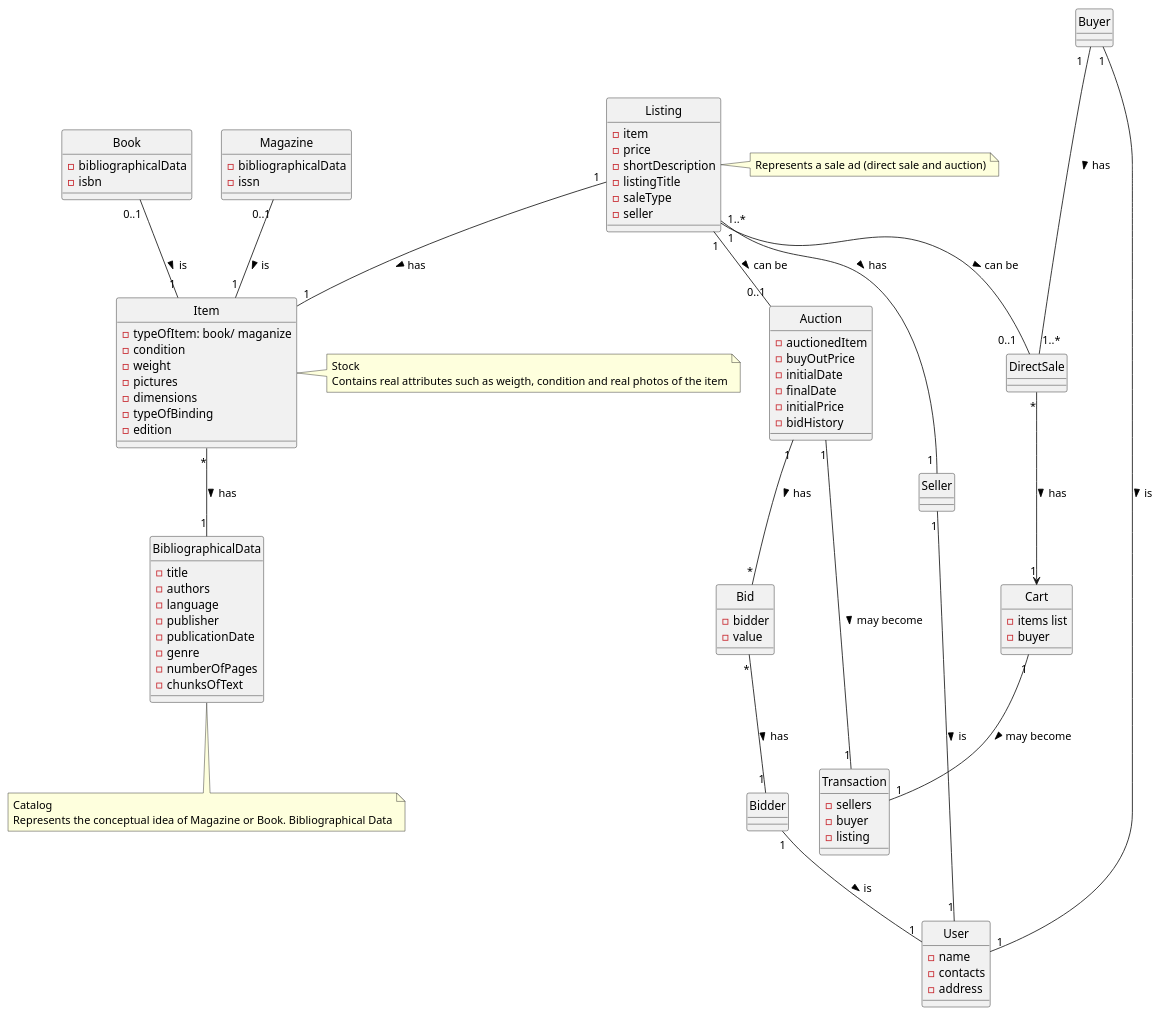
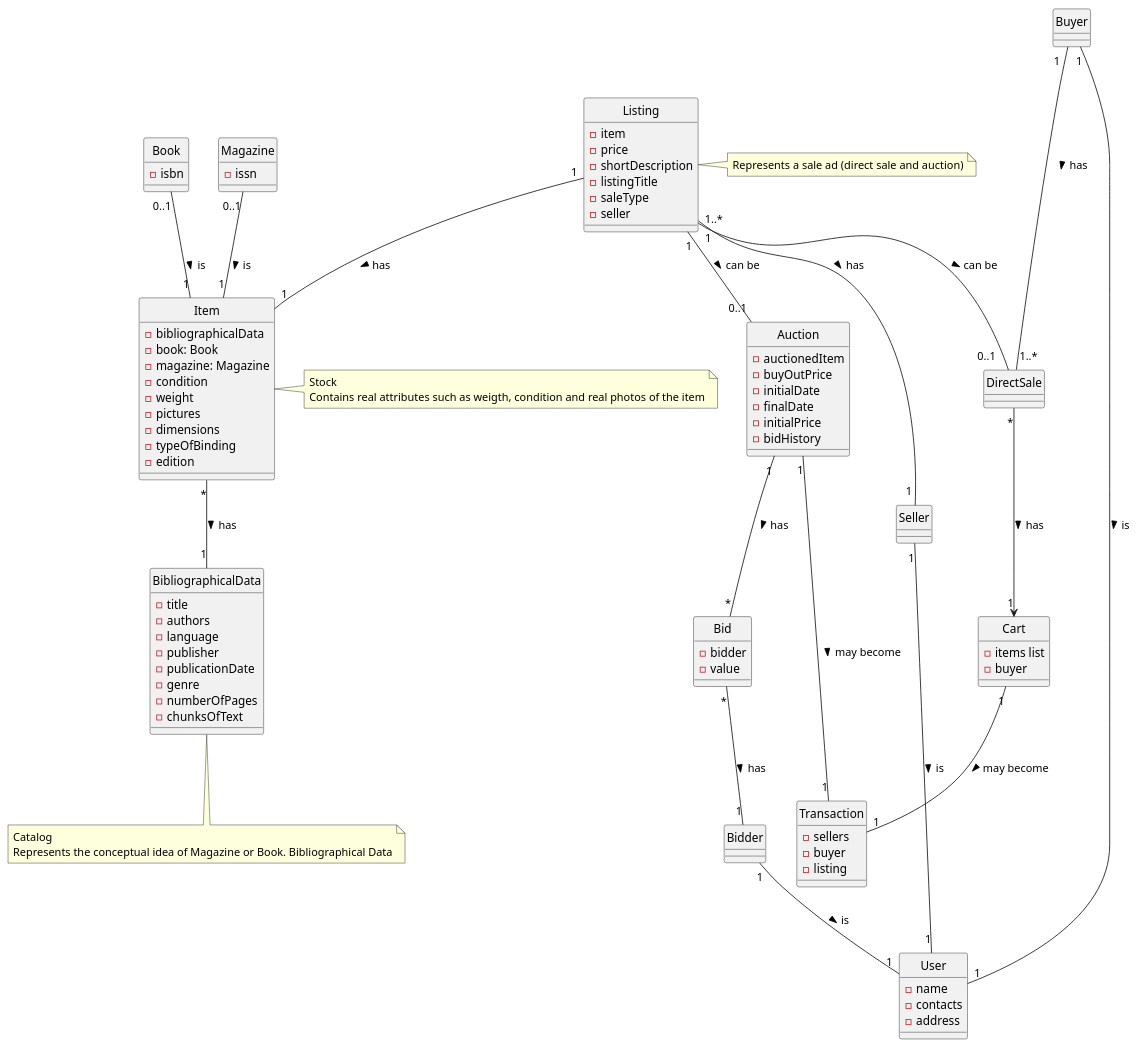
Before and after one commit to davidmarqq/MainProject_SWitCH: the diagram in DomainModel/AOO_Level2.puml, drawn with PlantUML. The commit also changed 12 other files, not shown here.

Commit message:
aoo diagram fixes

```diff
--- a/DomainModel/AOO_Level2.puml
+++ b/DomainModel/AOO_Level2.puml
@@ -1,123 +1,123 @@
 @startuml
 'https://plantuml.com/class-diagram
 hide circle
 
 Listing "1" -- "0..1" Auction : > can be
 Listing "1   " -- "0..1   " DirectSale : > can be
 Listing "1..*" -- "       1" Seller : > has
 Listing "1" -- "1" Item : > has
 
 note as L
     Represents a sale ad (direct sale and auction)
     end note
 
 Listing -> L
 
 Item "*" -- "1" BibliographicalData : > has
 note as N
     Catalog
     Represents the conceptual idea of Magazine or Book. Bibliographical Data
     end note
 
 BibliographicalData --> N
 
 note as S
     Stock
     Contains real attributes such as weigth, condition and real photos of the item
     end note
 
 Item - S
 
 Book "0..1" -- "1" Item : > is
 Magazine "0..1" -- "1" Item : > is
 
 Buyer "1  " --- "1..*" DirectSale : > has
 Cart "1" -- "1" Transaction : > may become
 DirectSale "*" --> "1" Cart : > has
 
 Auction "1" -- "*" Bid : > has
 Auction "1" -- "1" Transaction : > may become
 Bid "*" -- "1" Bidder : > has
 
 Bidder "1"-- "1" User : > is
 Seller "1" -- "1" User : > is
 Buyer "1" - "1" User : > is
 
 object Listing {
     - item
     - price
     - shortDescription
     - listingTitle
     - saleType
     - seller
 }
 
 object Item {
-    - typeOfItem: book/ maganize
+    - bibliographicalData
+    - book: Book
+    - magazine: Magazine
     - condition
     - weight
     - pictures
     - dimensions
     - typeOfBinding
     - edition
 }
 object BibliographicalData {
     - title
     - authors
     - language
     - publisher
     - publicationDate
     - genre
     - numberOfPages
     - chunksOfText
 }
 object Seller {
 }
 object Buyer {
 }
 object Bidder {
 }
 object Bid {
     - bidder
     - value
 }
 
 object Cart {
     - items list
     - buyer
 }
 
 object DirectSale {
 }
 
 object Transaction {
     - sellers
     - buyer
     - listing
 }
 
 object Book {
-    - bibliographicalData
     - isbn
 }
 
 object Magazine{
-    - bibliographicalData
     - issn
 }
 object Auction {
     - auctionedItem
     - buyOutPrice
     - initialDate
     - finalDate
     - initialPrice
     - bidHistory
 }
 
 object User {
     - name
     - contacts
     - address
 }
 
 @enduml
```
